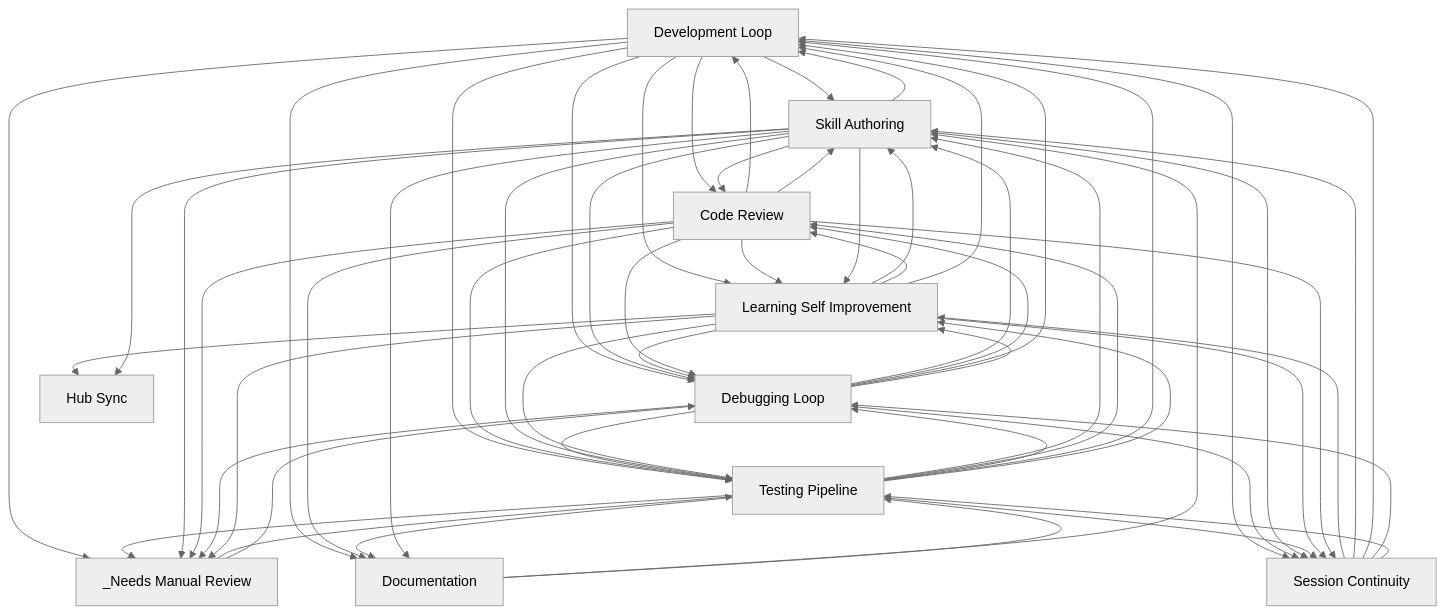
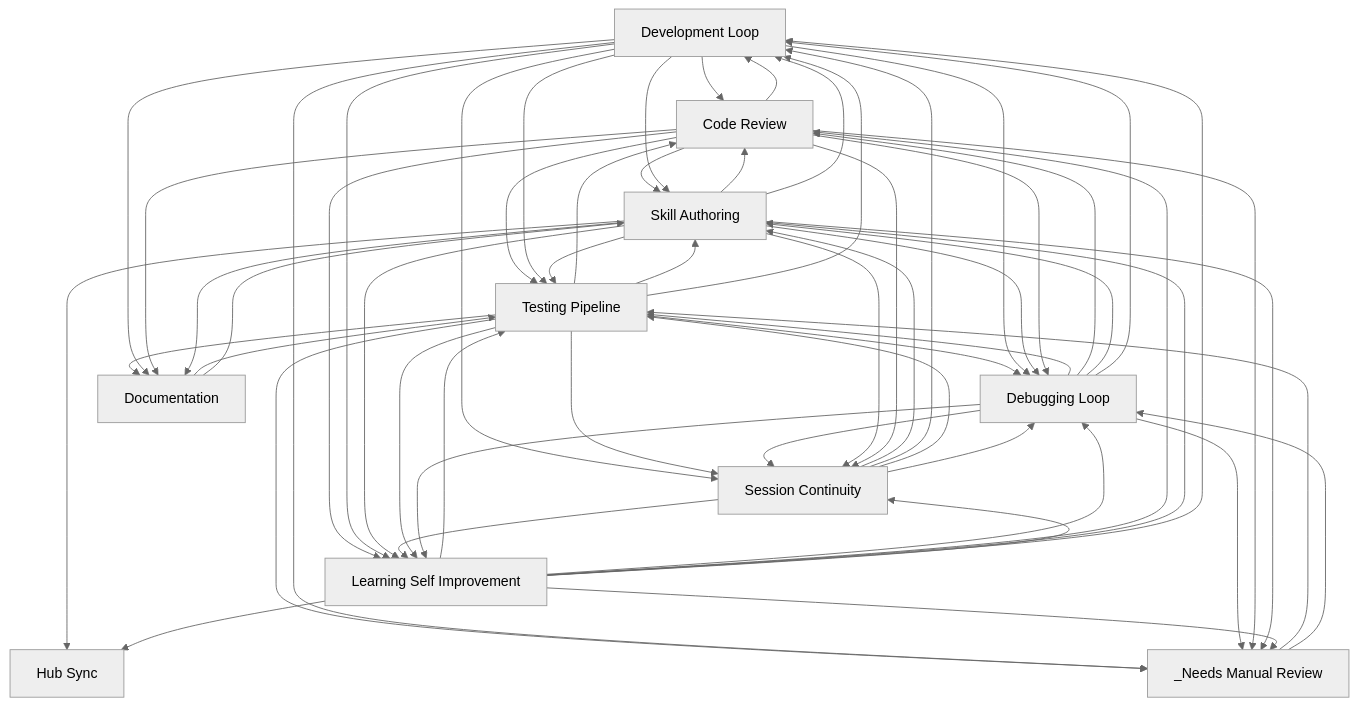
The diagram in docs/workflows/INDEX.md (abhayla/claude-best-practices), drawn with Mermaid (neutral theme) before and after one commit. The commit also changed other lines of this file and 12 other files, not shown here.

````diff
--- a/docs/workflows/INDEX.md
+++ b/docs/workflows/INDEX.md
@@ -22,70 +22,70 @@
 ```mermaid
 graph TD
     development_loop[Development Loop]
     testing_pipeline[Testing Pipeline]
     debugging_loop[Debugging Loop]
     learning_self_improvement[Learning Self Improvement]
     session_continuity[Session Continuity]
     skill_authoring[Skill Authoring]
     code_review[Code Review]
     documentation[Documentation]
     hub_sync[Hub Sync]
     _needs_manual_review[_Needs Manual Review]
+    documentation --> testing_pipeline
     documentation --> skill_authoring
-    documentation --> testing_pipeline
+    code_review --> skill_authoring
+    code_review --> development_loop
+    development_loop --> code_review
     development_loop --> skill_authoring
-    development_loop --> code_review
-    code_review --> development_loop
-    code_review --> skill_authoring
+    code_review --> testing_pipeline
+    code_review --> learning_self_improvement
+    development_loop --> testing_pipeline
     development_loop --> learning_self_improvement
-    development_loop --> testing_pipeline
-    code_review --> learning_self_improvement
-    code_review --> testing_pipeline
+    testing_pipeline --> debugging_loop
+    testing_pipeline --> code_review
     testing_pipeline --> skill_authoring
-    testing_pipeline --> code_review
-    testing_pipeline --> debugging_loop
     testing_pipeline --> development_loop
+    debugging_loop --> testing_pipeline
+    debugging_loop --> code_review
     debugging_loop --> skill_authoring
-    debugging_loop --> code_review
     debugging_loop --> development_loop
-    debugging_loop --> testing_pipeline
     development_loop --> debugging_loop
+    skill_authoring --> code_review
     skill_authoring --> development_loop
-    skill_authoring --> code_review
+    skill_authoring --> testing_pipeline
     skill_authoring --> learning_self_improvement
-    skill_authoring --> testing_pipeline
+    testing_pipeline --> _needs_manual_review
     development_loop --> _needs_manual_review
-    testing_pipeline --> _needs_manual_review
+    testing_pipeline --> documentation
     development_loop --> documentation
     code_review --> documentation
-    testing_pipeline --> documentation
+    development_loop --> session_continuity
     session_continuity --> learning_self_improvement
-    development_loop --> session_continuity
     _needs_manual_review --> testing_pipeline
+    testing_pipeline --> session_continuity
     debugging_loop --> session_continuity
     skill_authoring --> session_continuity
-    testing_pipeline --> session_continuity
     skill_authoring --> debugging_loop
     _needs_manual_review --> debugging_loop
+    testing_pipeline --> learning_self_improvement
     debugging_loop --> learning_self_improvement
-    testing_pipeline --> learning_self_improvement
+    learning_self_improvement --> testing_pipeline
+    learning_self_improvement --> debugging_loop
+    learning_self_improvement --> code_review
     learning_self_improvement --> skill_authoring
-    learning_self_improvement --> code_review
-    learning_self_improvement --> debugging_loop
     learning_self_improvement --> development_loop
-    learning_self_improvement --> testing_pipeline
     code_review --> debugging_loop
+    debugging_loop --> _needs_manual_review
+    code_review --> _needs_manual_review
     skill_authoring --> _needs_manual_review
-    code_review --> _needs_manual_review
-    debugging_loop --> _needs_manual_review
+    code_review --> session_continuity
     learning_self_improvement --> session_continuity
-    code_review --> session_continuity
     session_continuity --> skill_authoring
     session_continuity --> development_loop
+    session_continuity --> testing_pipeline
     session_continuity --> debugging_loop
-    session_continuity --> testing_pipeline
+    skill_authoring --> hub_sync
     learning_self_improvement --> hub_sync
-    skill_authoring --> hub_sync
     learning_self_improvement --> _needs_manual_review
     skill_authoring --> documentation
 ```
````
